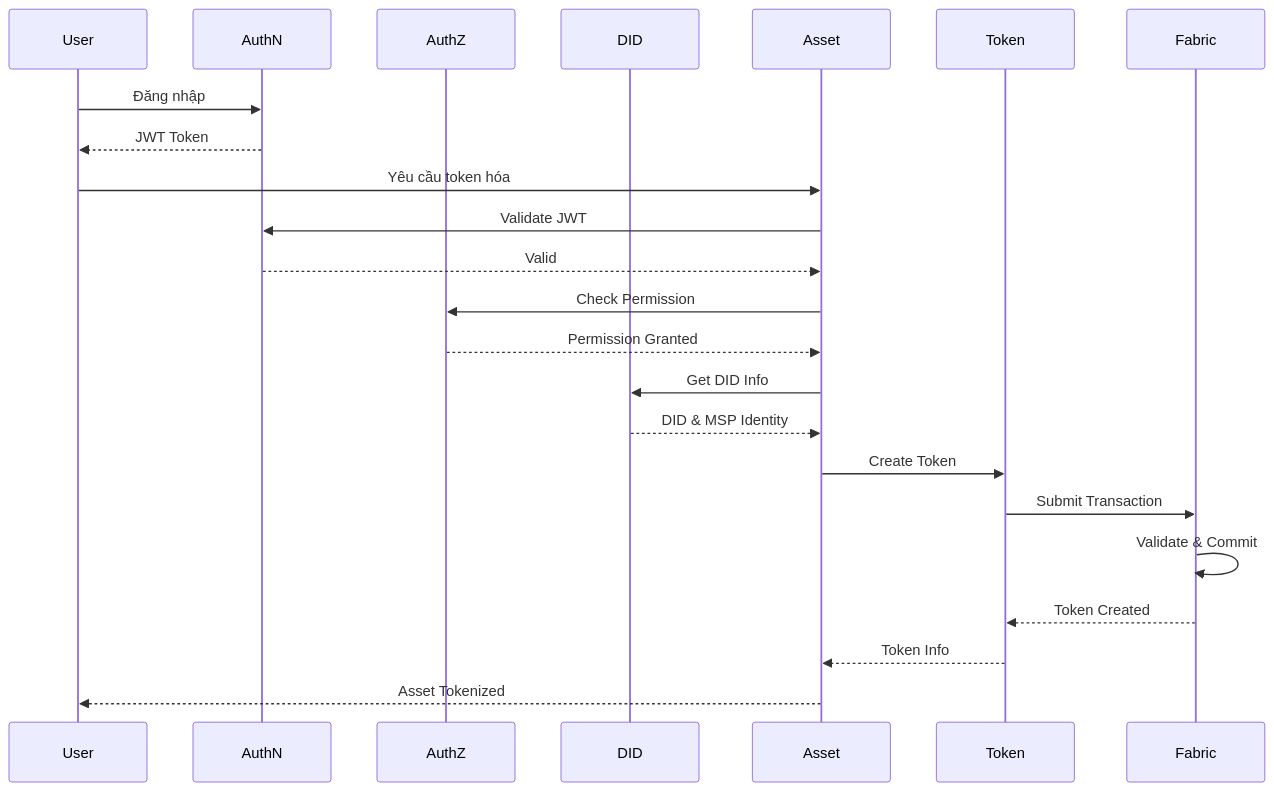
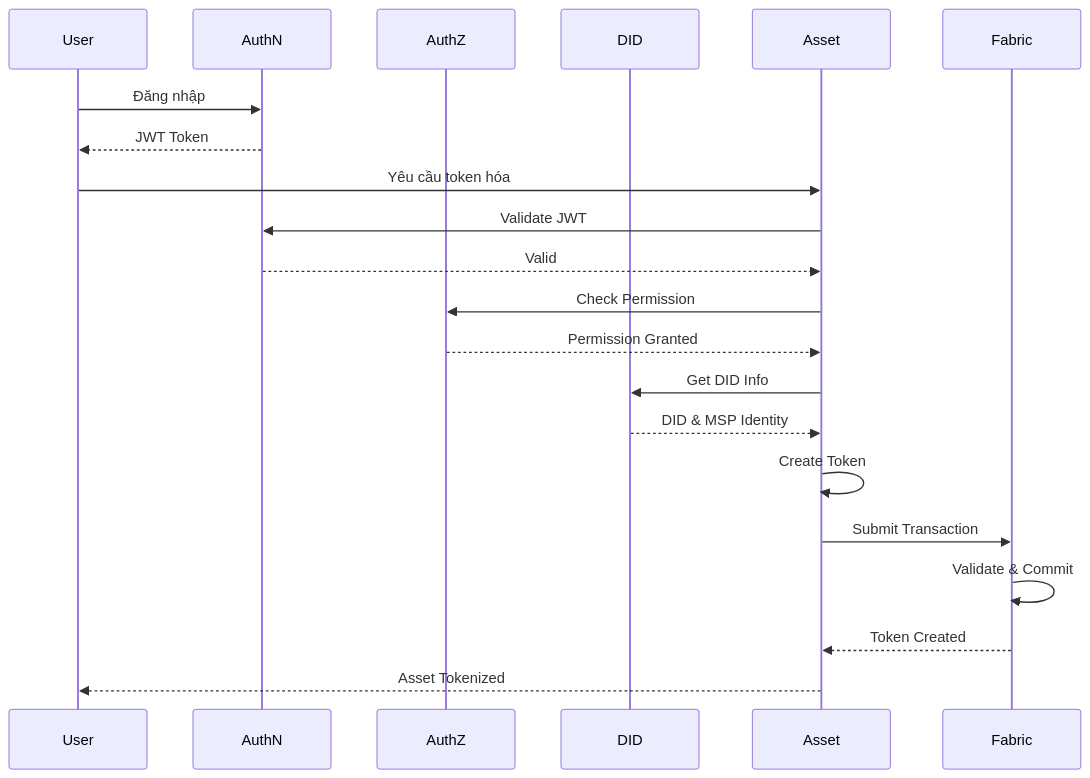
Before and after one commit to metafi-blockchain/metafi-digital-assets-service: the second of 6 diagrams in docs/rd.vi.md, drawn with Mermaid. The commit also changed other lines of this file and 1 other file, not shown here.

````diff
--- a/docs/rd.vi.md
+++ b/docs/rd.vi.md
@@ -113,31 +105,29 @@
 ```mermaid
 sequenceDiagram
     participant User
     participant AuthN
     participant AuthZ
     participant DID
     participant Asset
-    participant Token
     participant Fabric
     
     User->>AuthN: Đăng nhập
     AuthN-->>User: JWT Token
     
     User->>Asset: Yêu cầu token hóa
     Asset->>AuthN: Validate JWT
     AuthN-->>Asset: Valid
     
     Asset->>AuthZ: Check Permission
     AuthZ-->>Asset: Permission Granted
     
     Asset->>DID: Get DID Info
     DID-->>Asset: DID & MSP Identity
     
-    Asset->>Token: Create Token
-    Token->>Fabric: Submit Transaction
+    Asset->>Asset: Create Token
+    Asset->>Fabric: Submit Transaction
     Fabric->>Fabric: Validate & Commit
-    Fabric-->>Token: Token Created
+    Fabric-->>Asset: Token Created
     
-    Token-->>Asset: Token Info
     Asset-->>User: Asset Tokenized
 ```
````
